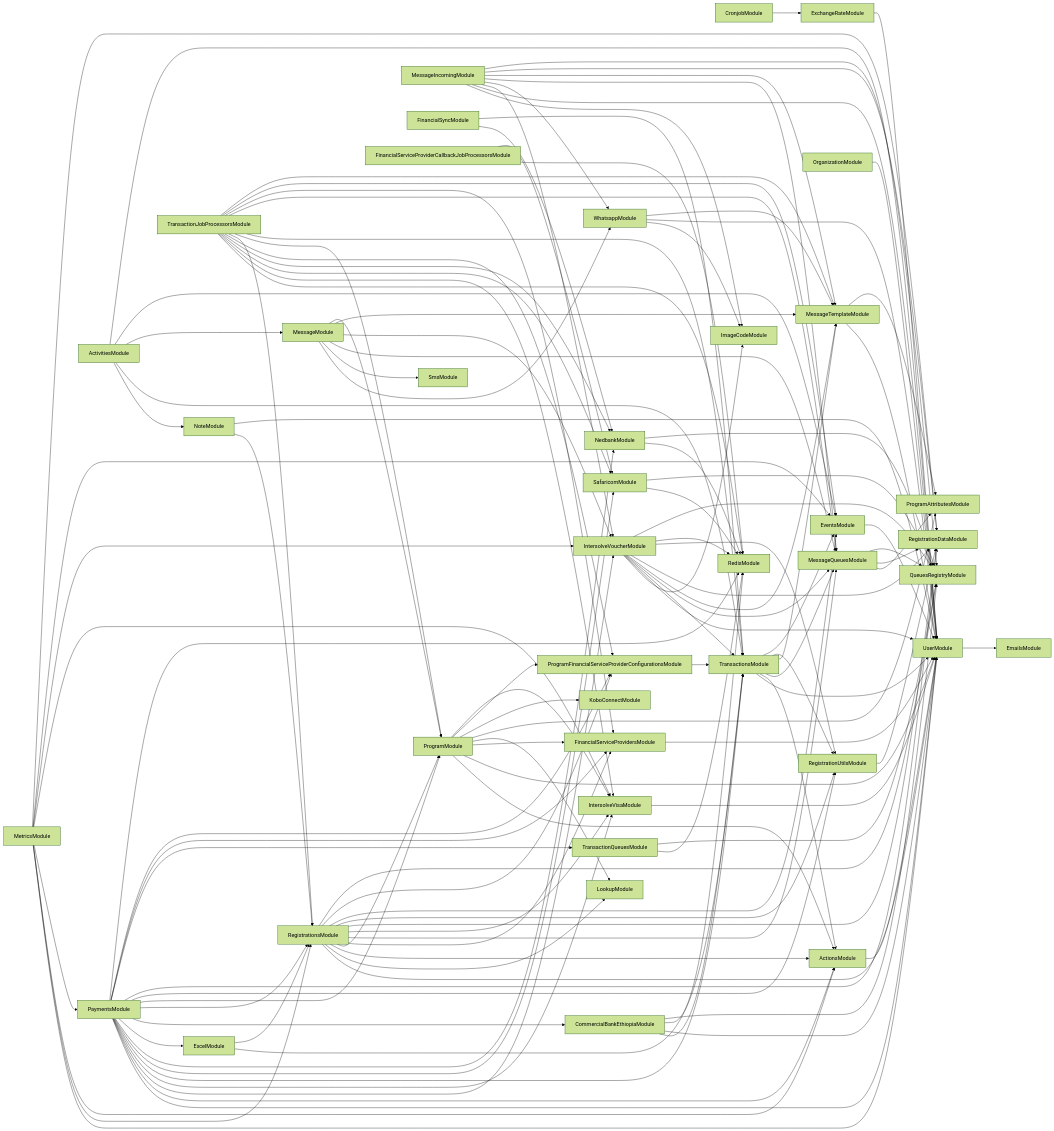
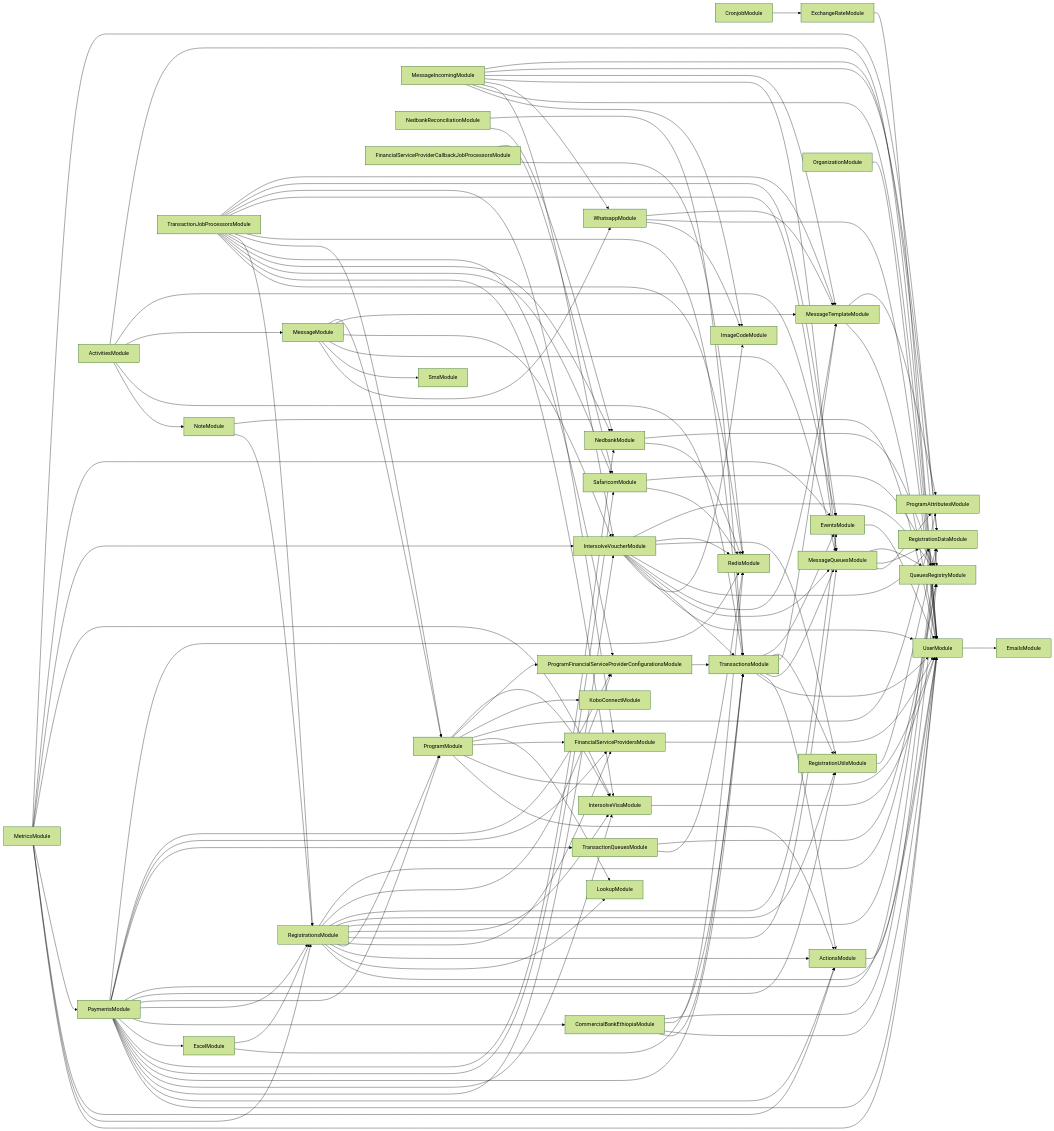
One commit to global-121/121-platform changed the diagram in services/121-service/module-dependencies.md. Above: the diagram before and after it, drawn with Mermaid (forest theme). The commit also changed 24 other files, not shown here.

```diff
--- a/services/121-service/module-dependencies.md
+++ b/services/121-service/module-dependencies.md
@@ -106,8 +106,8 @@
   MessageIncomingModule-->MessageTemplateModule
   MessageIncomingModule-->RegistrationDataModule
   MessageIncomingModule-->QueuesRegistryModule
-  FinancialSyncModule-->NedbankModule
-  FinancialSyncModule-->TransactionsModule
+  NedbankReconciliationModule-->NedbankModule
+  NedbankReconciliationModule-->TransactionsModule
   NoteModule-->RegistrationsModule
   NoteModule-->UserModule
   ActivitiesModule-->NoteModule
```
